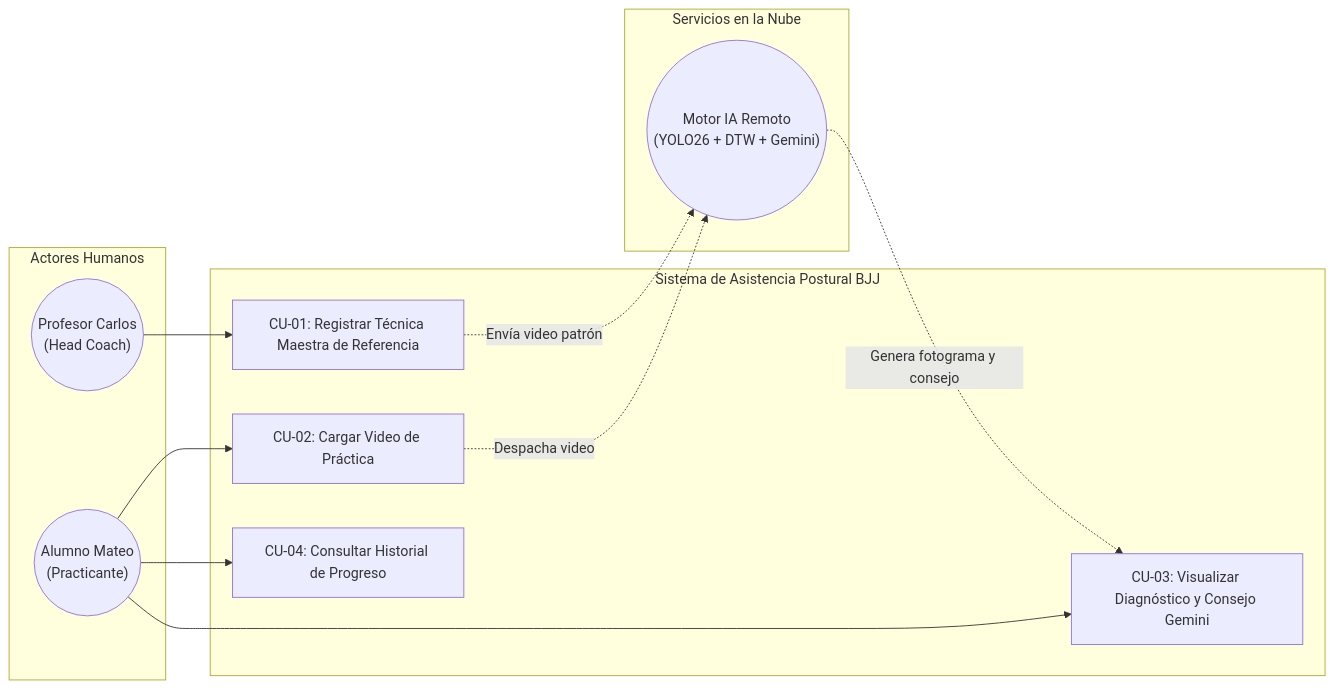
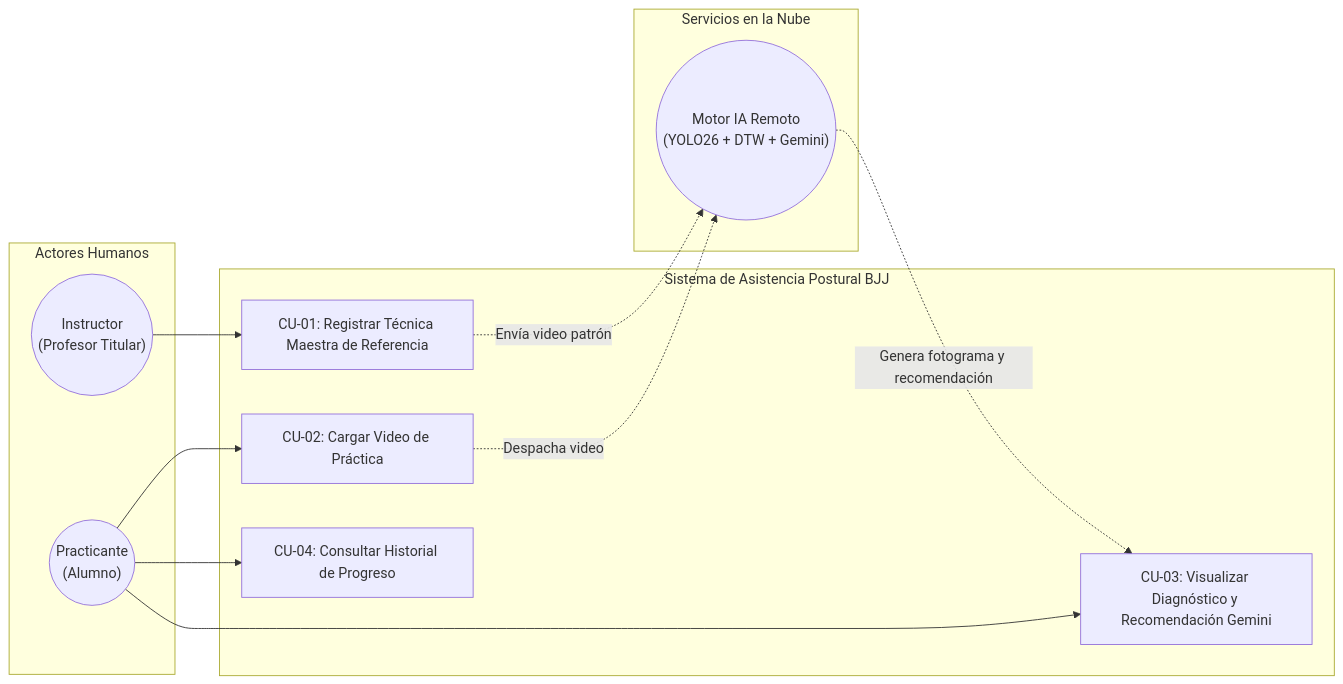
Before and after one commit to Tsmrain/JiuJitsu: the fifth of 6 diagrams in README.md, drawn with Mermaid. The commit also changed other lines of this file, not shown here.

````diff
--- a/README.md
+++ b/README.md
@@ -441,28 +453,28 @@
 ```mermaid
 graph LR
     subgraph Actores_Humanos["Actores Humanos"]
-        Profesor(("Profesor Carlos<br>(Head Coach)"))
-        Alumno(("Alumno Mateo<br>(Practicante)"))
+        Instructor(("Instructor<br>(Profesor Titular)"))
+        Practicante(("Practicante<br>(Alumno)"))
     end
 
     subgraph Sistema["Sistema de Asistencia Postural BJJ"]
         CU01["CU-01: Registrar Técnica Maestra de Referencia"]
         CU02["CU-02: Cargar Video de Práctica"]
-        CU03["CU-03: Visualizar Diagnóstico y Consejo Gemini"]
+        CU03["CU-03: Visualizar Diagnóstico y Recomendación Gemini"]
         CU04["CU-04: Consultar Historial de Progreso"]
     end
 
     subgraph Motor_IA["Servicios en la Nube"]
         IA(("Motor IA Remoto<br>(YOLO26 + DTW + Gemini)"))
     end
 
-    Profesor --> CU01
+    Instructor --> CU01
     CU01 -.->|Envía video patrón| IA
 
-    Alumno --> CU02
+    Practicante --> CU02
     CU02 -.->|Despacha video| IA
 
-    IA -.->|Genera fotograma y consejo| CU03
-    Alumno --> CU03
-    Alumno --> CU04
+    IA -.->|Genera fotograma y recomendación| CU03
+    Practicante --> CU03
+    Practicante --> CU04
 ```
````
